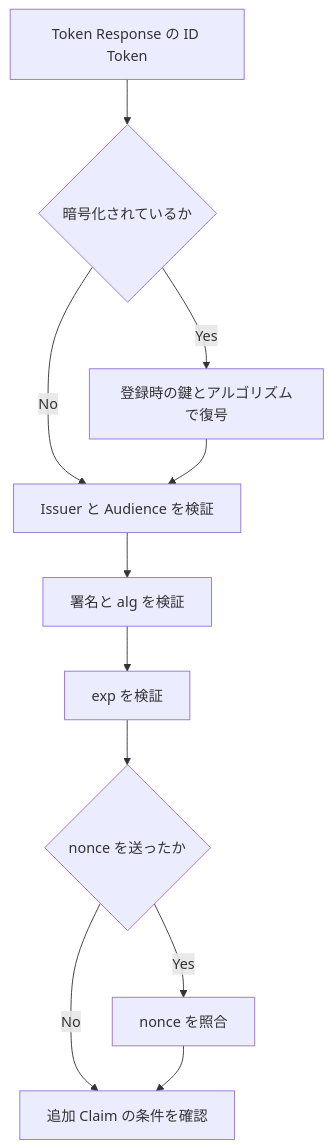
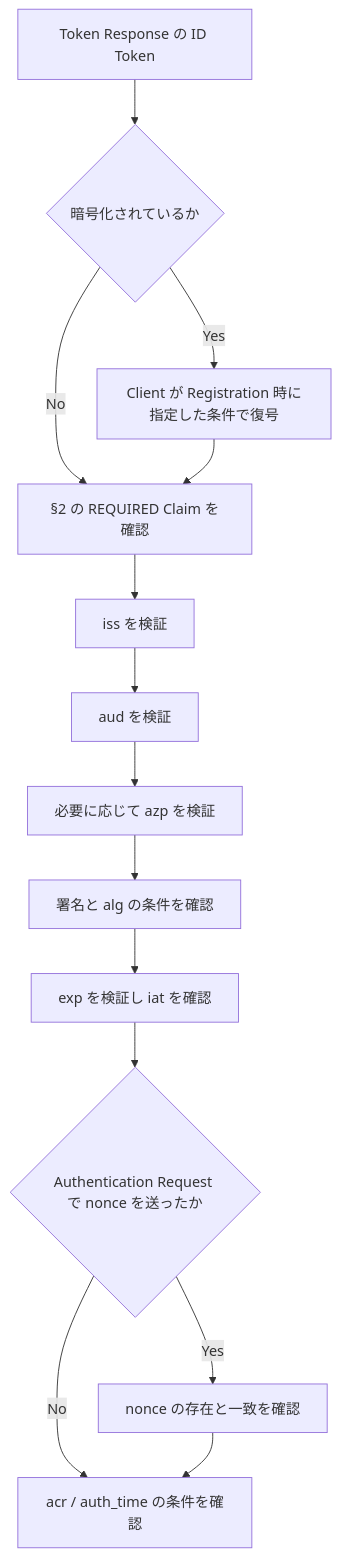
One commit to nbifrye/1548d6d9-8655-48d3-817f-d41469b6b27e changed the diagram in _posts/2026-09-19-oidc-id-token-validation.md. Above: the diagram before and after it, drawn with Mermaid. The commit also changed other lines of this file, not shown here.

```diff
--- a/_posts/2026-09-19-oidc-id-token-validation.md
+++ b/_posts/2026-09-19-oidc-id-token-validation.md
@@ -37,13 +49,16 @@
 <pre class="mermaid">
 flowchart TD
     A[Token Response の ID Token] --> B{暗号化されているか}
-    B -->|Yes| C[登録時の鍵とアルゴリズムで復号]
-    B -->|No| D[Issuer と Audience を検証]
+    B -->|Yes| C[Client が Registration 時に指定した条件で復号]
+    B -->|No| D[§2 の REQUIRED Claim を確認]
     C --> D
-    D --> E[署名と alg を検証]
-    E --> F[exp を検証]
-    F --> G{nonce を送ったか}
-    G -->|Yes| H[nonce を照合]
-    G -->|No| I[追加 Claim の条件を確認]
-    H --> I
+    D --> E[iss を検証]
+    E --> F[aud を検証]
+    F --> G[必要に応じて azp を検証]
+    G --> H[署名と alg の条件を確認]
+    H --> I[exp を検証し iat を確認]
+    I --> J{Authentication Request で nonce を送ったか}
+    J -->|Yes| K[nonce の存在と一致を確認]
+    J -->|No| L[acr / auth_time の条件を確認]
+    K --> L
 </pre>
```
